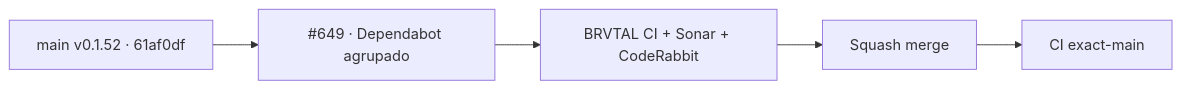
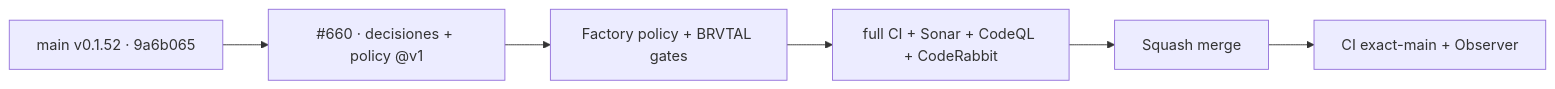
The diagram in README.md (pl0n3r/brvtal), drawn with Mermaid before and after one commit. The commit also changed other lines of this file and 7 other files, not shown here.

First line of the commit message:
factory: adopt decisions-as-code and Factory v1 policy gate (#661)

````diff
--- a/README.md
+++ b/README.md
@@ -49,6 +52,7 @@
 ```mermaid
 flowchart LR
-  B["main v0.1.52 · 61af0df"] --> P["#649 · Dependabot agrupado"]
-  P --> C["BRVTAL CI + Sonar + CodeRabbit"]
-  C --> M["Squash merge"] --> V["CI exact-main"]
+  B["main v0.1.52 · 9a6b065"] --> P["#660 · decisiones + policy @v1"]
+  P --> G["Factory policy + BRVTAL gates"]
+  G --> C["full CI + Sonar + CodeQL + CodeRabbit"]
+  C --> M["Squash merge"] --> V["CI exact-main + Observer"]
 ```
````
